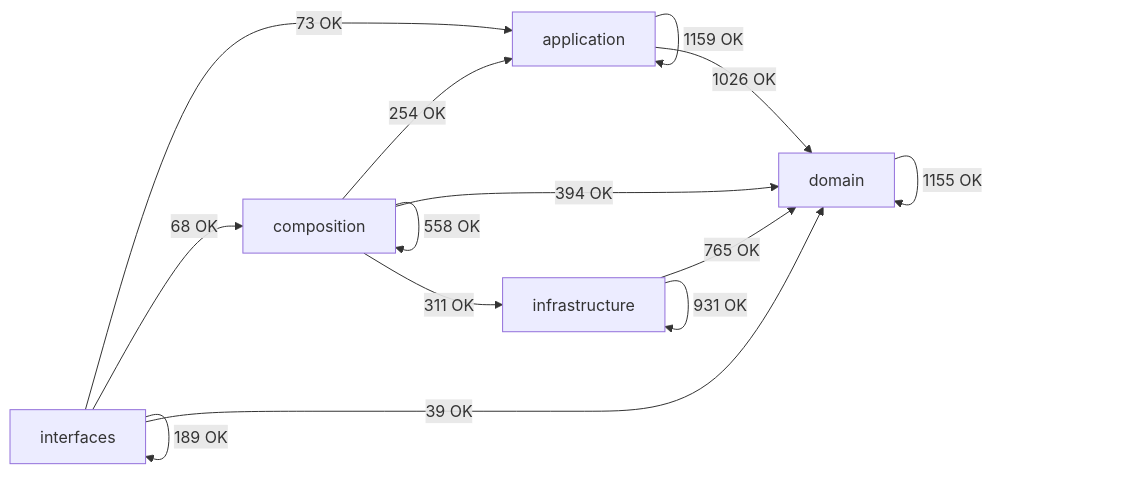
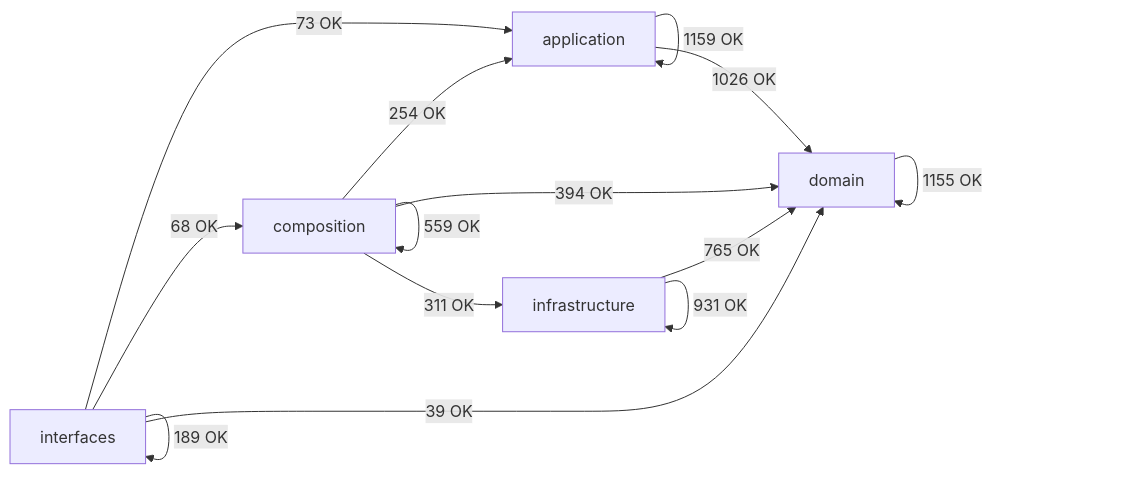
Before and after one commit to SatoryKono/BioactivityDataAcquisition: the diagram in docs/02-architecture/generated/module-dependency-map.md, drawn with Mermaid. The commit also changed other lines of this file and 11 other files, not shown here.

````diff
--- a/docs/02-architecture/generated/module-dependency-map.md
+++ b/docs/02-architecture/generated/module-dependency-map.md
@@ -17,21 +17,21 @@
 ```mermaid
 flowchart LR
     domain[domain]
     application[application]
     infrastructure[infrastructure]
     composition[composition]
     interfaces[interfaces]
     application -->|1159 OK| application
     application -->|1026 OK| domain
     composition -->|254 OK| application
-    composition -->|558 OK| composition
+    composition -->|559 OK| composition
     composition -->|394 OK| domain
     composition -->|311 OK| infrastructure
     domain -->|1155 OK| domain
     infrastructure -->|765 OK| domain
     infrastructure -->|931 OK| infrastructure
     interfaces -->|73 OK| application
     interfaces -->|68 OK| composition
     interfaces -->|39 OK| domain
     interfaces -->|189 OK| interfaces
 ```
````
